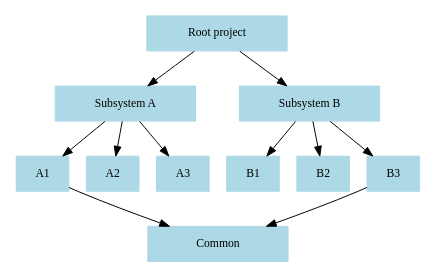
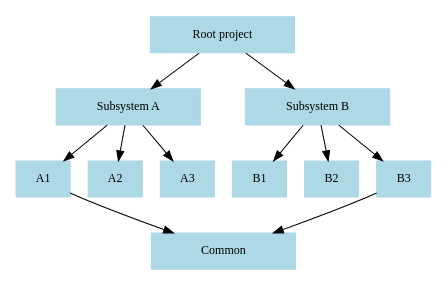
The diagram in tools/gnatcov/doc/umanual/prjtree.dot (AdaCore/gnatcoverage), drawn with Graphviz before and after one commit. The commit also changed 5 other files, not shown here.

```diff
--- a/tools/gnatcov/doc/umanual/prjtree.dot
+++ b/tools/gnatcov/doc/umanual/prjtree.dot
@@ -1,44 +1,45 @@
 digraph G {
 	compound = true;
-        size = "3.5,3.5";
+        size = "3.5,3.0";
+        margin = "0.1";
 	node [ shape = box, style=filled,
           color = lightblue, fontcolor = black, fontsize=12 ];
 
 	{
 		root [ label = "Root project", width = 2.0 ];
 	}
 	{ rank = same ; root };
 
 	{
 		ss_a [ label = "Subsystem A", width = 2.0 ];
 		ss_b [ label = "Subsystem B", width = 2.0 ];
 	}
 	{ rank = same ; ss_a; ss_b }
 	root -> ss_a;
 	root -> ss_b;
 
 	{
 		sa1 [ label = "A1" ];
 		sa2 [ label = "A2" ];
 		sa3 [ label = "A3" ];
 
 		sb1 [ label = "B1" ];
 		sb2 [ label = "B2" ];
 		sb3 [ label = "B3" ];
 	}
 	{ rank = same ; sa1; sa2; sa3; sb1; sb2; sb3 };
 	ss_a -> sa1;
 	ss_a -> sa2;
 	ss_a -> sa3;
 
 	ss_b -> sb1;
 	ss_b -> sb2;
 	ss_b -> sb3;
 
 	{
 		common [ label = "Common", width = 2.0 ];
 	}
 
 	sa1 -> common;
 	sb3 -> common;
 }
```
